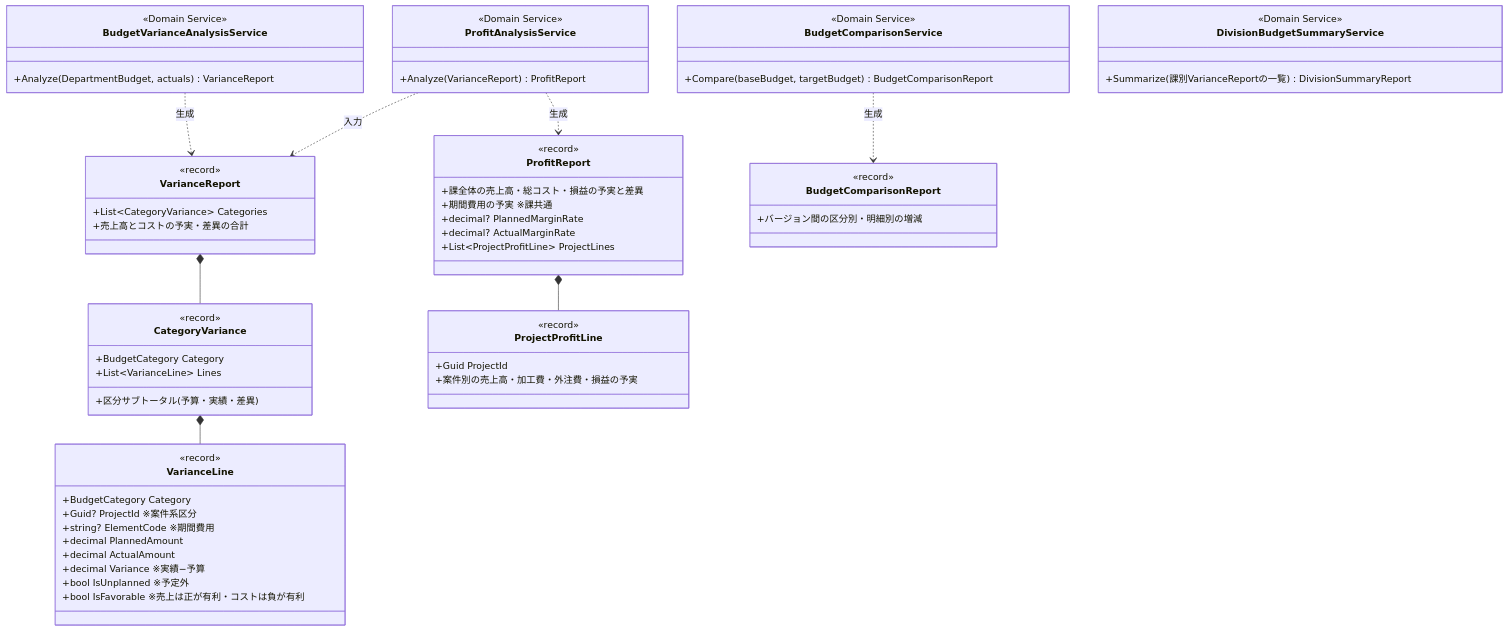
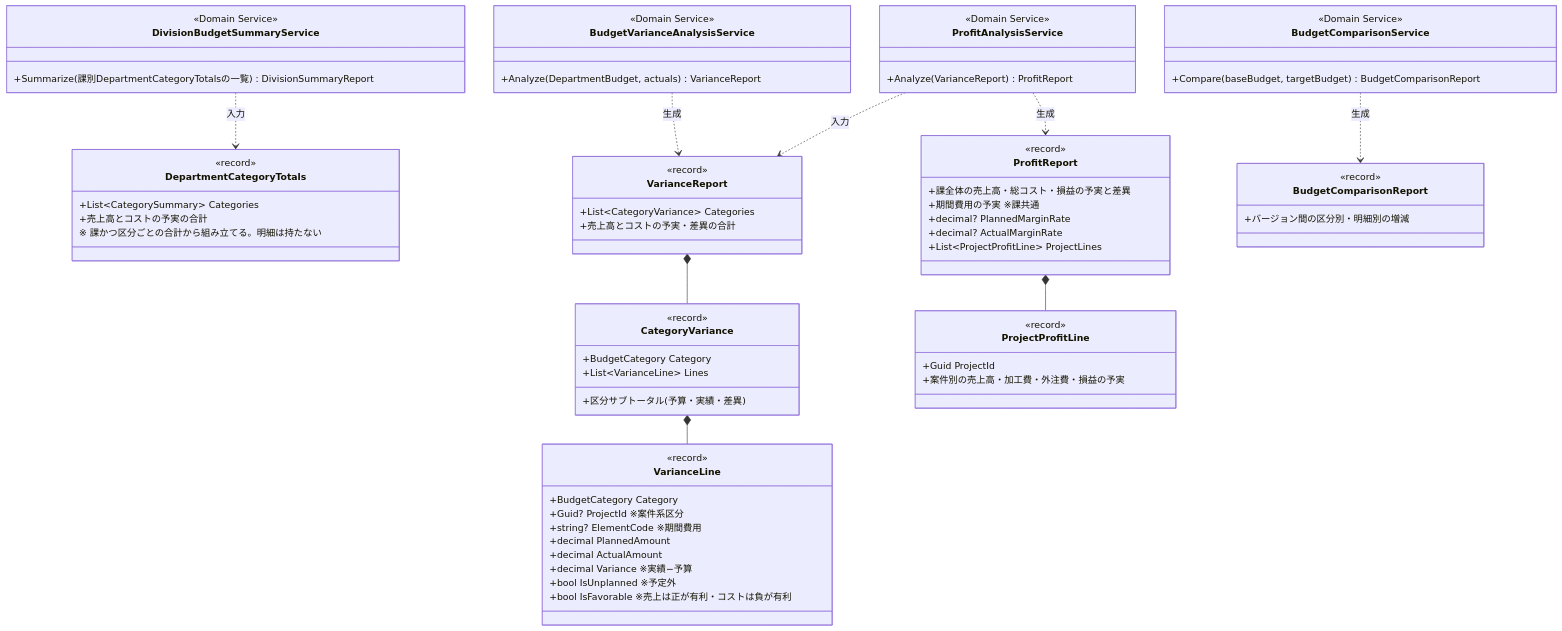
Before and after one commit to kyamanaka0923/fcpl-cost-management-system: the ninth of 9 diagrams in docs/DESIGN.md, drawn with Mermaid. The commit also changed other lines of this file and 19 other files, not shown here.

````diff
--- a/docs/DESIGN.md
+++ b/docs/DESIGN.md
@@ -382,67 +385,74 @@
 ```mermaid
 classDiagram
     class BudgetVarianceAnalysisService {
         <<Domain Service>>
         +Analyze(DepartmentBudget, actuals) VarianceReport
     }
     class BudgetComparisonService {
         <<Domain Service>>
         +Compare(baseBudget, targetBudget) BudgetComparisonReport
     }
     class ProfitAnalysisService {
         <<Domain Service>>
         +Analyze(VarianceReport) ProfitReport
     }
     class DivisionBudgetSummaryService {
         <<Domain Service>>
-        +Summarize(課別VarianceReportの一覧) DivisionSummaryReport
+        +Summarize(課別DepartmentCategoryTotalsの一覧) DivisionSummaryReport
+    }
+    class DepartmentCategoryTotals {
+        <<record>>
+        +List~CategorySummary~ Categories
+        +売上高とコストの予実の合計
+        ※ 課かつ区分ごとの合計から組み立てる。明細は持たない
     }
 
     class VarianceReport {
         <<record>>
         +List~CategoryVariance~ Categories
         +売上高とコストの予実・差異の合計
     }
     class CategoryVariance {
         <<record>>
         +BudgetCategory Category
         +List~VarianceLine~ Lines
         +区分サブトータル(予算・実績・差異)
     }
     class VarianceLine {
         <<record>>
         +BudgetCategory Category
         +Guid? ProjectId ※案件系区分
         +string? ElementCode ※期間費用
         +decimal PlannedAmount
         +decimal ActualAmount
         +decimal Variance ※実績−予算
         +bool IsUnplanned ※予定外
         +bool IsFavorable ※売上は正が有利・コストは負が有利
     }
     class BudgetComparisonReport {
         <<record>>
         +バージョン間の区分別・明細別の増減
     }
     class ProfitReport {
         <<record>>
         +課全体の売上高・総コスト・損益の予実と差異
         +期間費用の予実 ※課共通
         +decimal? PlannedMarginRate
         +decimal? ActualMarginRate
         +List~ProjectProfitLine~ ProjectLines
     }
     class ProjectProfitLine {
         <<record>>
         +Guid ProjectId
         +案件別の売上高・加工費・外注費・損益の予実
     }
 
     BudgetVarianceAnalysisService ..> VarianceReport : 生成
     VarianceReport *-- CategoryVariance
     CategoryVariance *-- VarianceLine
     BudgetComparisonService ..> BudgetComparisonReport : 生成
     ProfitAnalysisService ..> ProfitReport : 生成
     ProfitAnalysisService ..> VarianceReport : 入力
     ProfitReport *-- ProjectProfitLine
+    DivisionBudgetSummaryService ..> DepartmentCategoryTotals : 入力
 ```
````
